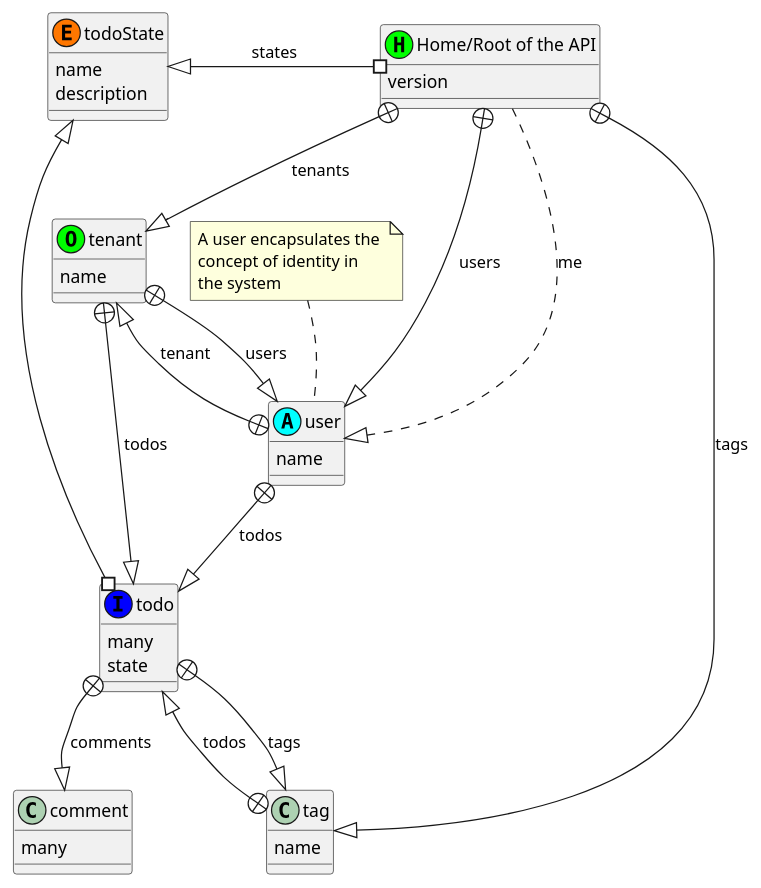
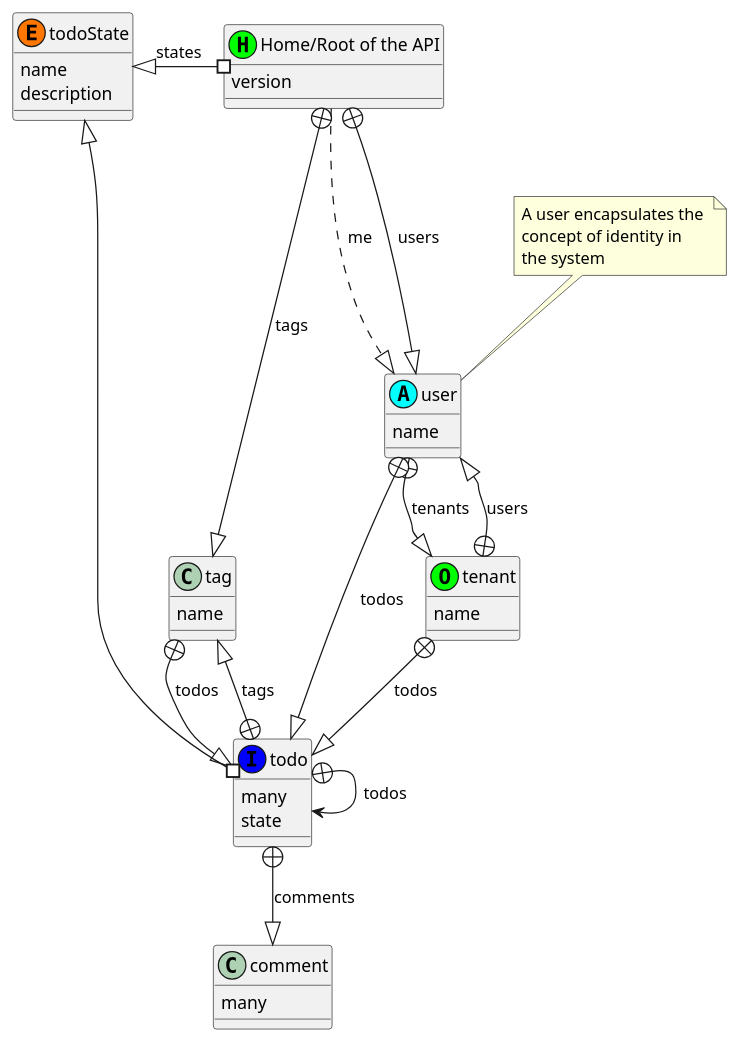
Before and after one commit to semanticlink/todo-hypermedia: the diagram in api/ApiResources.puml, drawn with PlantUML. The commit also changed 6 other files, not shown here.

```diff
--- a/api/ApiResources.puml
+++ b/api/ApiResources.puml
@@ -3,57 +3,58 @@
 @startuml
 
 class home as "Home/Root of the API" <<H, #00FF00) >>
 home : version
-home +--|> tenant : tenants
+' home +--|> tenant : tenants
 home +--|> tag : tags
 home #-left-|> todoState : states
 home .--|> user : me
 home +--|> user : users
 
 class tag as "tag"
 tag : name
 tag +--|> todo : todos
 
 class tenant as "tenant"  <<O, #00FF00) >>
 tenant : name
 tenant +--|> user : users
 tenant +--|> todo : todos
 
 
 class todo as "todo"   <<I, #0000FF) >>
 todo : many
 todo : state
+todo +--> todo : todos
 todo #--|> todoState
 todo +--|> comment : comments
 todo +--|> tag : tags
 
 class comment as "comment"
 comment : many
 
 '
 ' Integration Support
 ' =================== 
 '
 
 class user as "User"  <<A, #00FFFF) >>
 note top
   A user encapsulates the 
   concept of identity in 
   the system 
 end note
 user : name
-user +--|> tenant : tenant
+user +--|> tenant : tenants
 user +--|> todo : todos
 
 
 '
 ' Enumeration resources
 ' =====================
 '
 
 class todoState  as "Todo States (enum)" <<E, #FF7700) >>
 todoState : name
 todoState : description
 
 
 @enduml
```
